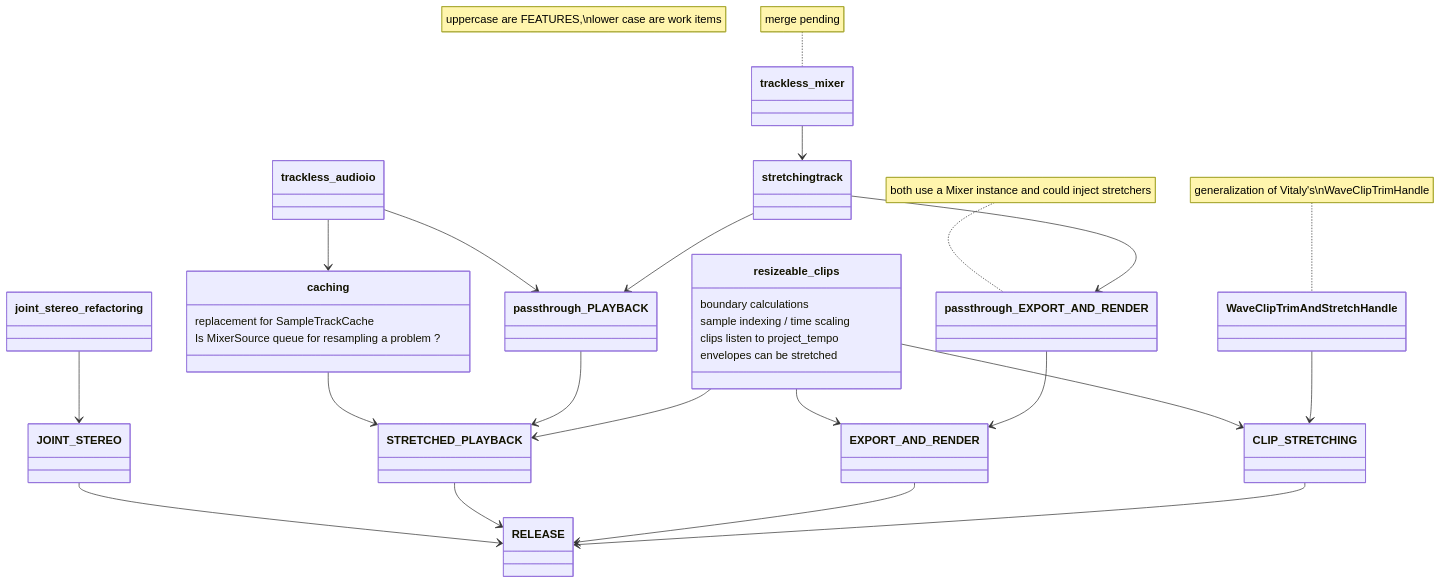
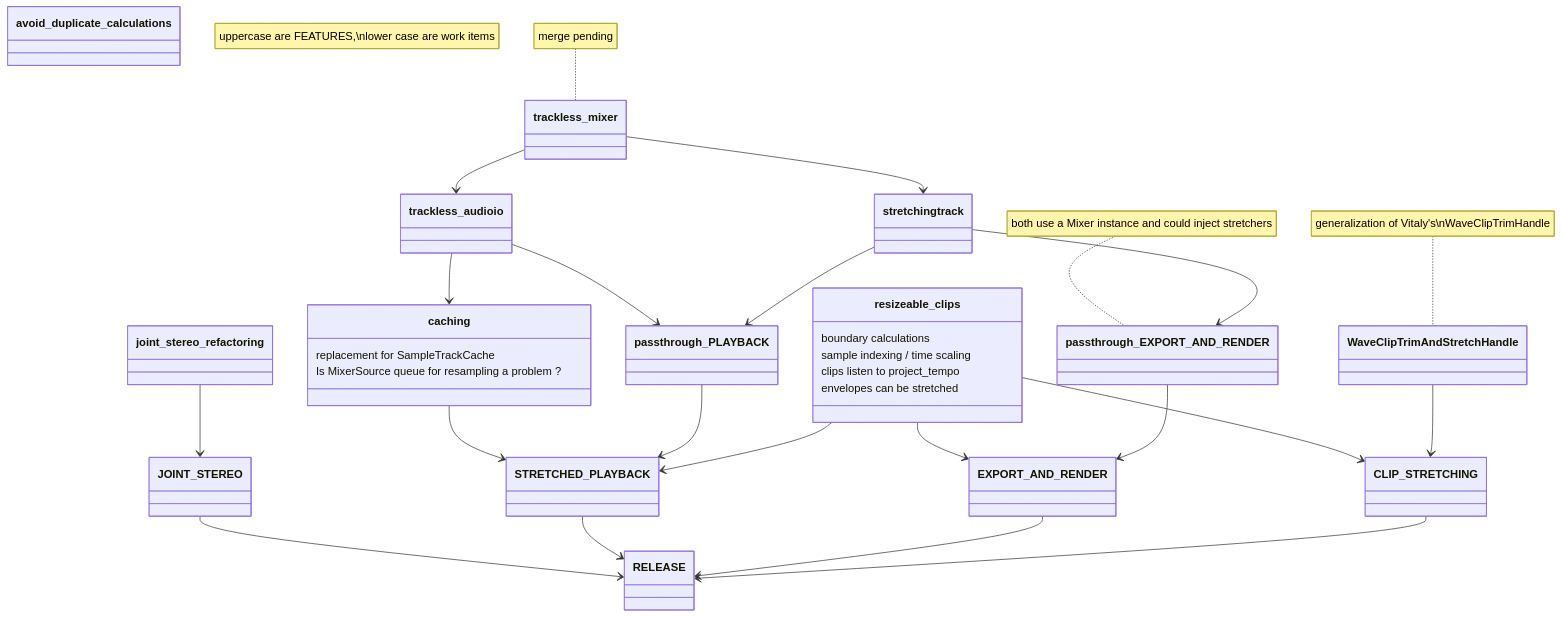
Before and after one commit to saintmatthieu/audacity: the diagram in path-to-release.md, drawn with Mermaid.

Commit message:
add dependency arrow

````diff
--- a/path-to-release.md
+++ b/path-to-release.md
@@ -7,50 +7,52 @@
 ```mermaid
 classDiagram
 note "uppercase are FEATURES,\nlower case are work items"
 
 %% features
 class passthrough_PLAYBACK
 class passthrough_EXPORT_AND_RENDER
 class JOINT_STEREO
 class STRETCHED_PLAYBACK
 class EXPORT_AND_RENDER
 class CLIP_STRETCHING
 
 class resizeable_clips {
    boundary calculations
    sample indexing / time scaling
    clips listen to project_tempo
    envelopes can be stretched
 }
 
 class caching {
    replacement for SampleTrackCache
    Is MixerSource queue for resampling a problem ?
 }
 
 joint_stereo_refactoring --> JOINT_STEREO
 trackless_audioio --> passthrough_PLAYBACK
 trackless_audioio --> caching
 caching --> STRETCHED_PLAYBACK
 passthrough_PLAYBACK --> STRETCHED_PLAYBACK
+trackless_mixer --> trackless_audioio
+class avoid_duplicate_calculations
 
 trackless_mixer --> stretchingtrack
 resizeable_clips --> STRETCHED_PLAYBACK
 resizeable_clips --> EXPORT_AND_RENDER
 stretchingtrack --> passthrough_EXPORT_AND_RENDER
 passthrough_EXPORT_AND_RENDER --> EXPORT_AND_RENDER
 resizeable_clips --> CLIP_STRETCHING
 WaveClipTrimAndStretchHandle --> CLIP_STRETCHING
 stretchingtrack --> passthrough_PLAYBACK
 
 JOINT_STEREO --> RELEASE
 STRETCHED_PLAYBACK --> RELEASE
 EXPORT_AND_RENDER --> RELEASE
 CLIP_STRETCHING --> RELEASE
 
 note for WaveClipTrimAndStretchHandle "generalization of Vitaly's\nWaveClipTrimHandle"
 
 note for passthrough_EXPORT_AND_RENDER "both use a Mixer instance and could inject stretchers"
 
 note for trackless_mixer "merge pending"
 ```
````
